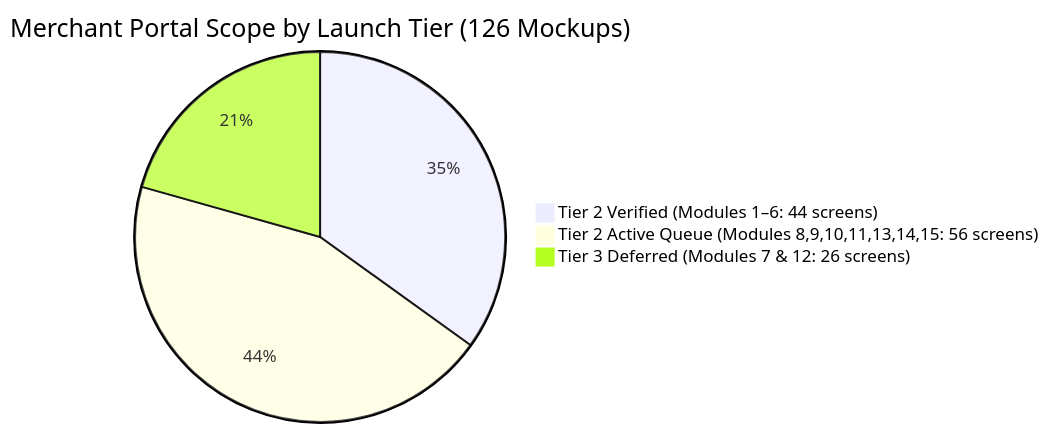
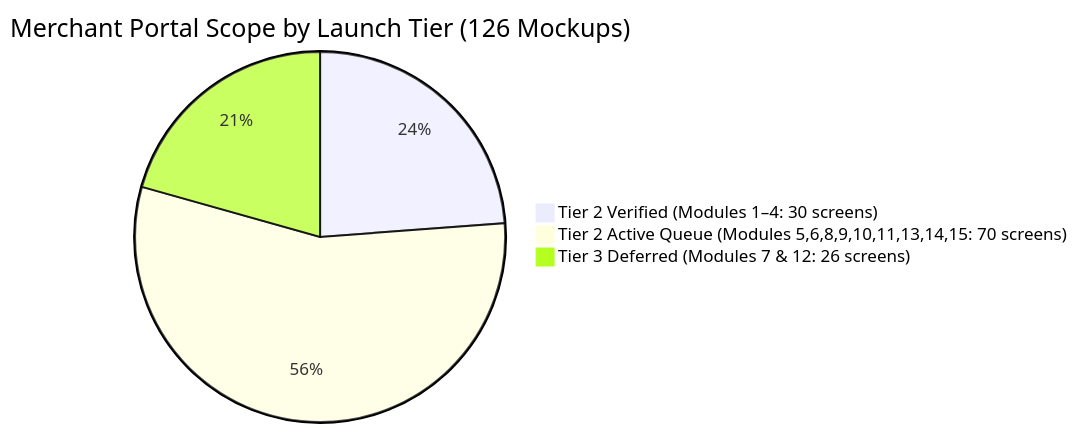
One commit to UtkarshShrivastava1/qucom-platform-root changed the first of 3 diagrams in merchant_web_hardening_tracker.md. Above: the diagram before and after it, drawn with Mermaid. The commit also changed other lines of this file and 13 other files, not shown here.

````diff
--- a/merchant_web_hardening_tracker.md
+++ b/merchant_web_hardening_tracker.md
@@ -24,6 +24,6 @@
 ```mermaid
 pie title Merchant Portal Scope by Launch Tier (126 Mockups)
-    "Tier 2 Verified (Modules 1–6: 44 screens)" : 44
-    "Tier 2 Active Queue (Modules 8,9,10,11,13,14,15: 56 screens)" : 56
+    "Tier 2 Verified (Modules 1–4: 30 screens)" : 30
+    "Tier 2 Active Queue (Modules 5,6,8,9,10,11,13,14,15: 70 screens)" : 70
     "Tier 3 Deferred (Modules 7 & 12: 26 screens)" : 26
 ```
````
